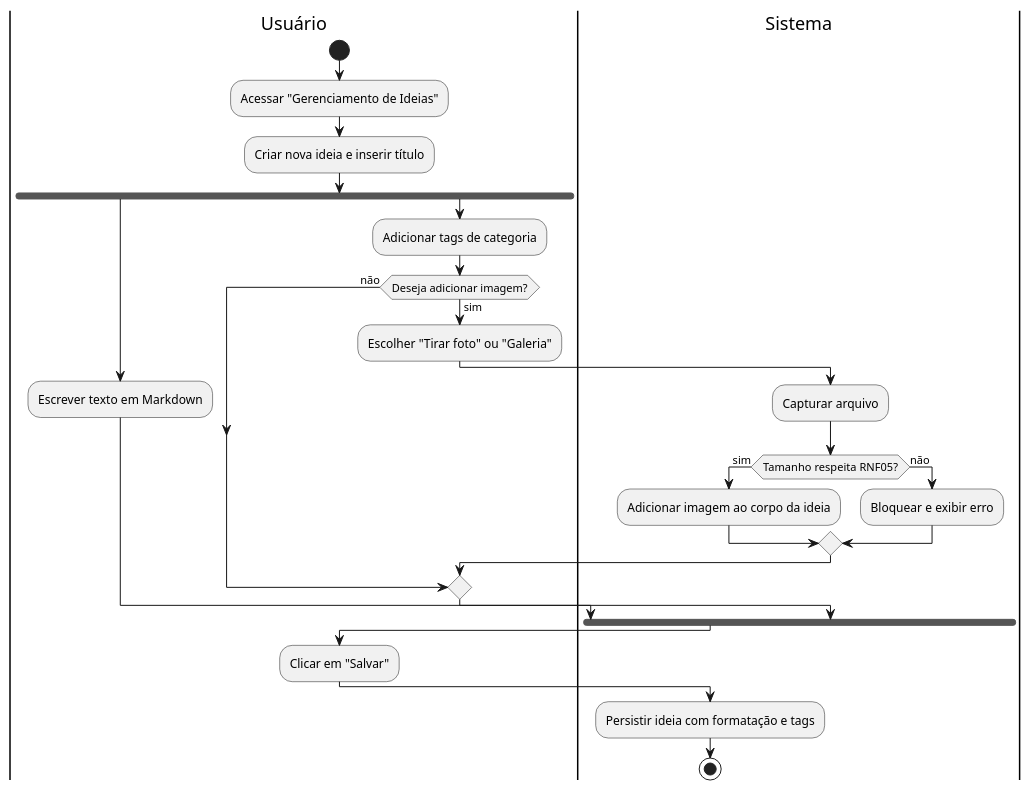
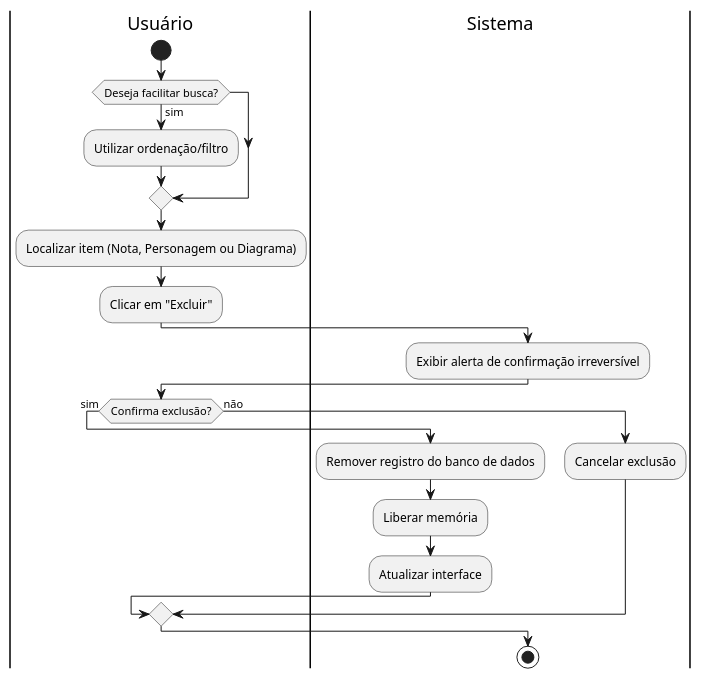
The diagram in docs/casosUso/uml/diagramas_atividade/diagrama_atividade_UC09.puml (aspiringluke/Projeto-Integrado-Mobile), drawn with PlantUML before and after one commit. The commit also changed 19 other files, not shown here.

Commit message:
docs: Diagramas de atividade ajustados aos casos de uso atuais

```diff
--- a/docs/casosUso/uml/diagramas_atividade/diagrama_atividade_UC09.puml
+++ b/docs/casosUso/uml/diagramas_atividade/diagrama_atividade_UC09.puml
@@ -1,32 +1,26 @@
 @startuml diagrama_UC09
 
 |Usuário|
 start
-:Acessar "Gerenciamento de Ideias";
-:Criar nova ideia e inserir título;
-fork
-  :Escrever texto em Markdown;
-fork again
-  :Adicionar tags de categoria;
+if (Deseja facilitar busca?) then (sim)
+  :Utilizar ordenação/filtro;
+endif
+:Localizar item (Nota, Personagem ou Diagrama);
+:Clicar em "Excluir";
 
-  if (Deseja adicionar imagem?) then (sim)
-    |Usuário|
-    :Escolher "Tirar foto" ou "Galeria";
-    |Sistema|
-    :Capturar arquivo;
-    if (Tamanho respeita RNF05?) then (sim)
-      :Adicionar imagem ao corpo da ideia;
-    else (não)
-      :Bloquear e exibir erro;
-    endif
-  else (não)
-  endif
-end fork
+|Sistema|
+:Exibir alerta de confirmação irreversível;
 
 |Usuário|
-:Clicar em "Salvar";
-|Sistema|
-:Persistir ideia com formatação e tags;
+if (Confirma exclusão?) then (sim)
+  |Sistema|
+  :Remover registro do banco de dados;
+  :Liberar memória;
+  :Atualizar interface;
+else (não)
+  |Sistema|
+  :Cancelar exclusão;
+endif
 
 stop
 @enduml
```
